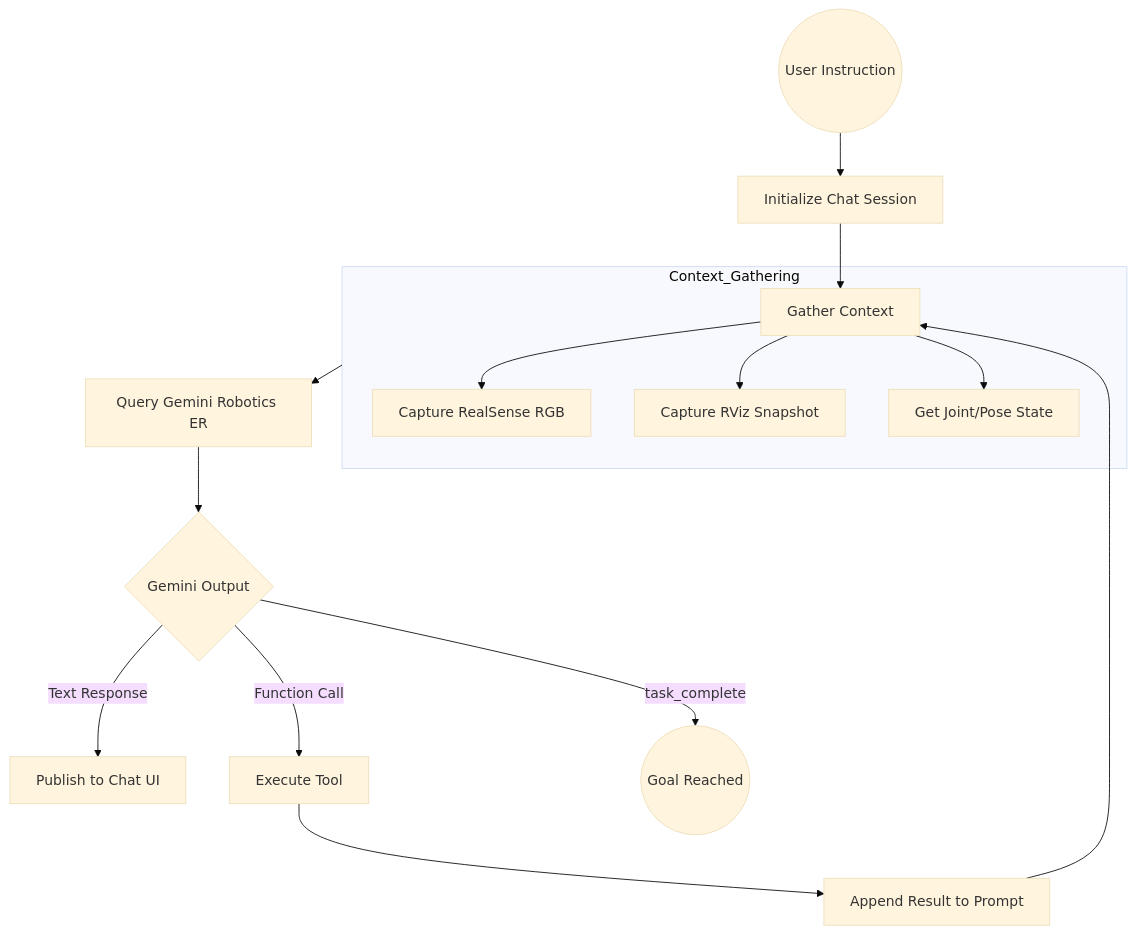
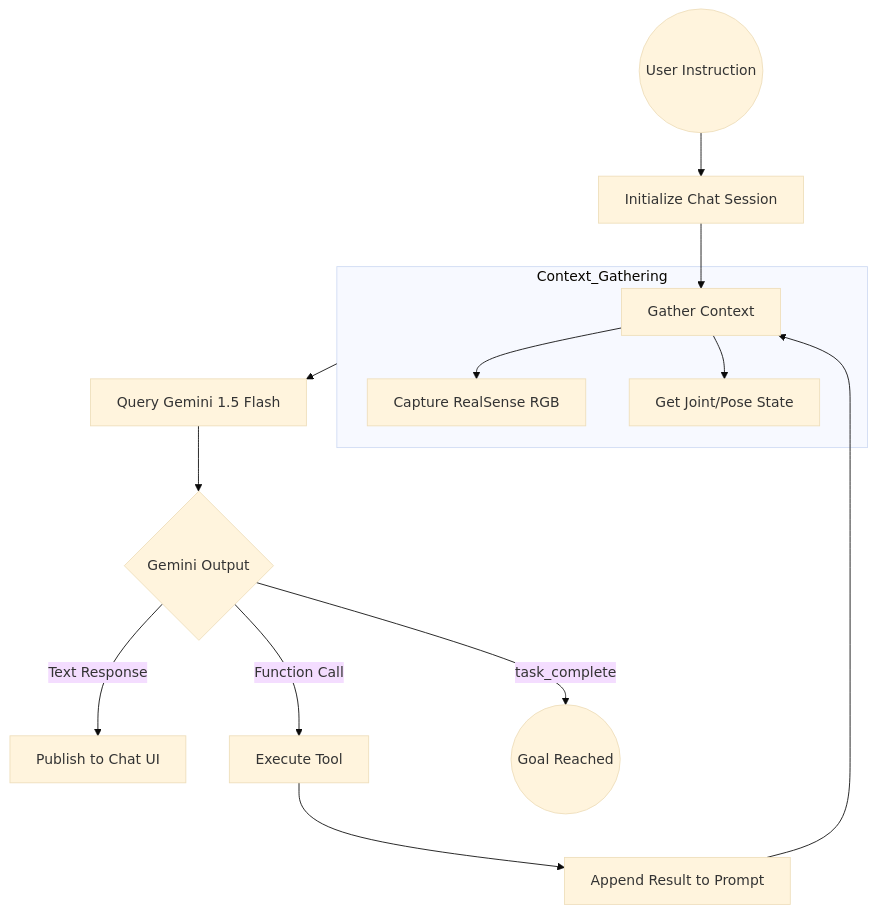
The second of 4 diagrams in system_architecture.md (jakmilller/kinova-gemini), drawn with Mermaid (base theme) before and after one commit. The commit also changed other lines of this file and 18 other files, not shown here.

````diff
--- a/system_architecture.md
+++ b/system_architecture.md
@@ -63,21 +65,20 @@
 ```mermaid
 graph TD
     Start((User Instruction)) --> Init[Initialize Chat Session]
     Init --> State[Gather Context]
     
     subgraph Context_Gathering
-        State --> Img1[Capture RealSense RGB]
-        State --> Img2[Capture RViz Snapshot]
+        State --> Img[Capture RealSense RGB]
         State --> RobotS[Get Joint/Pose State]
     end
 
-    Context_Gathering --> Gemini[Query Gemini Robotics ER]
+    Context_Gathering --> Gemini[Query Gemini 1.5 Flash]
     Gemini --> Decision{Gemini Output}
     
     Decision -->|Text Response| UI[Publish to Chat UI]
     Decision -->|Function Call| Exec[Execute Tool]
     Decision -->|task_complete| End((Goal Reached))
 
     Exec --> Feedback[Append Result to Prompt]
     Feedback --> State
 ```
````
